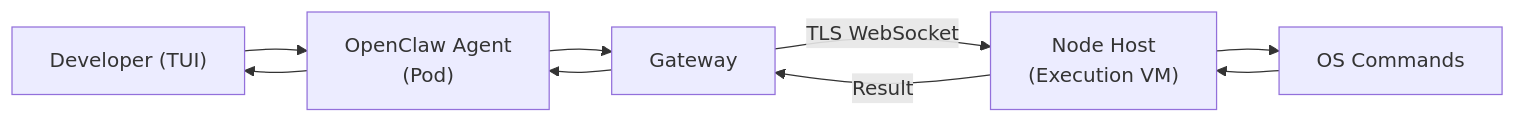
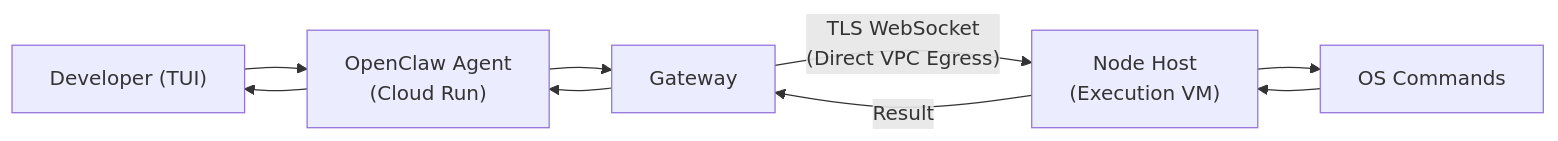
Before and after one commit to t2tse/openclaw-cloudrun: the third of 4 diagrams in README.md, drawn with Mermaid. The commit also changed other lines of this file and 12 other files, not shown here.

Commit message:
Swap GKE to Cloud Run service as the agent compute runtimes

````diff
--- a/README.md
+++ b/README.md
@@ -885,11 +818,11 @@
 ```mermaid
 graph LR
-    A["Developer (TUI)"] --> B["OpenClaw Agent\n(Pod)"]
+    A["Developer (TUI)"] --> B["OpenClaw Agent\n(Cloud Run)"]
     B --> C["Gateway"]
-    C -->|"TLS WebSocket"| D["Node Host\n(Execution VM)"]
+    C -->|"TLS WebSocket\n(Direct VPC Egress)"| D["Node Host\n(Execution VM)"]
     D --> E["OS Commands"]
     E --> D
     D -->|"Result"| C
     C --> B
     B --> A
 ```
````
